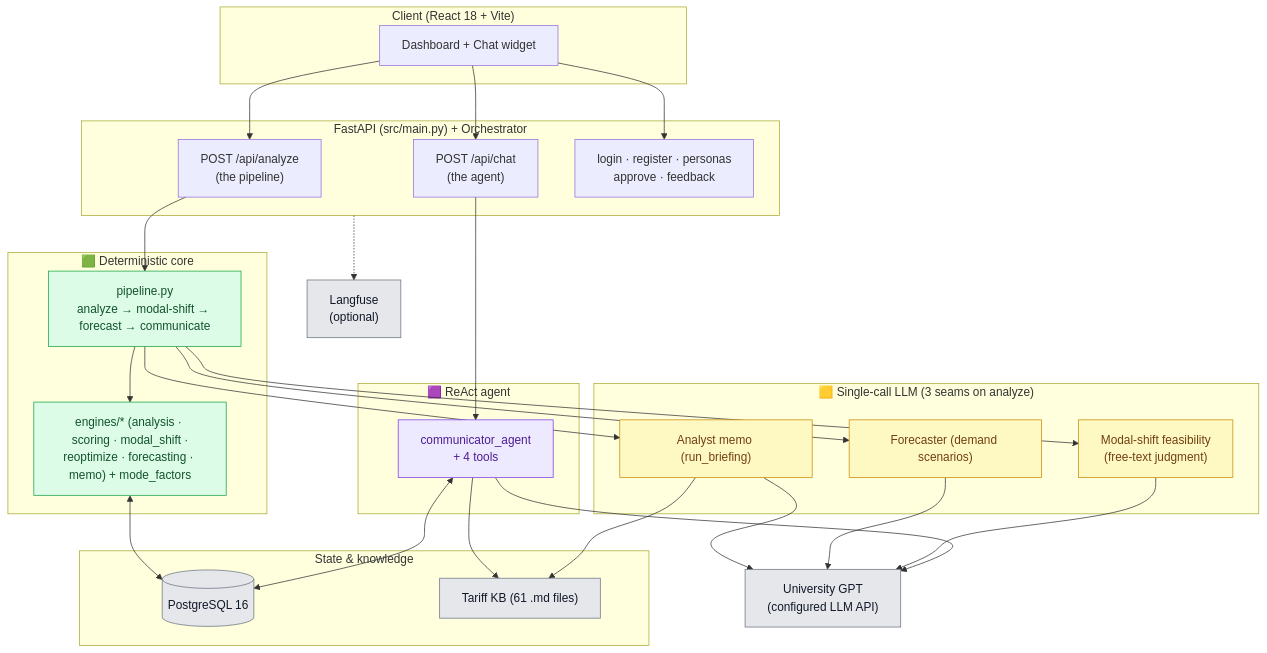
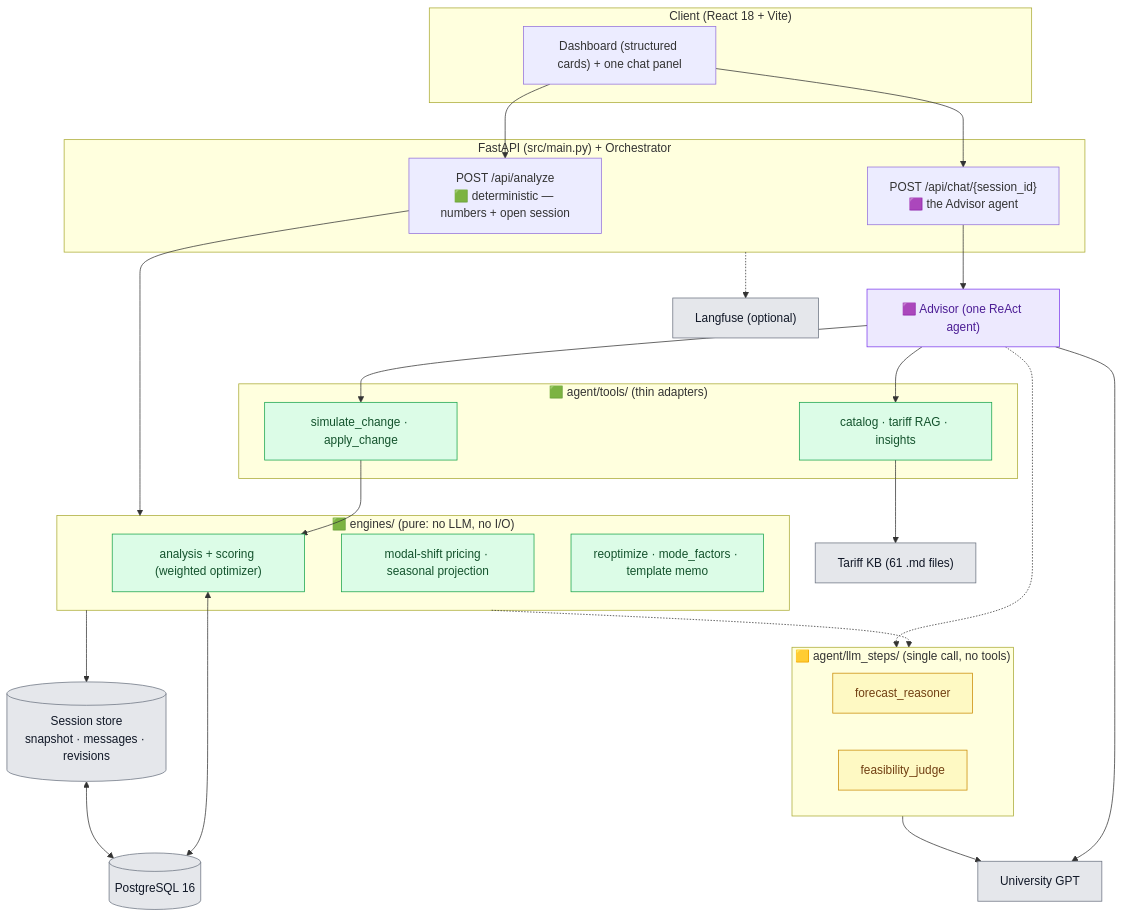
One commit to tjorgeo/AIIM_DB_mobility_advisior changed the first of 13 diagrams in DELIVERABLES/BACKEND_ARCHITECTURE_REPORT.md. Above: the diagram before and after it, drawn with Mermaid. The commit also changed other lines of this file and 2 other files, not shown here.

First line of the commit message:
Refactor test mode factors to dynamically locate gen_personas.py

````diff
--- a/DELIVERABLES/BACKEND_ARCHITECTURE_REPORT.md
+++ b/DELIVERABLES/BACKEND_ARCHITECTURE_REPORT.md
@@ -38,55 +31,53 @@
 ```mermaid
 flowchart TB
     subgraph client["Client (React 18 + Vite)"]
-        UI["Dashboard + Chat widget"]
+        UI["Dashboard (structured cards) + one chat panel"]
     end
 
     subgraph api["FastAPI (src/main.py) + Orchestrator"]
-        AN["POST /api/analyze<br/>(the pipeline)"]
-        CH["POST /api/chat<br/>(the agent)"]
-        AUX["login · register · personas<br/>approve · feedback"]
+        AZ["POST /api/analyze<br/>🟩 deterministic — numbers + open session"]
+        CH["POST /api/chat/{session_id}<br/>🟪 the Advisor agent"]
     end
 
-    subgraph det["🟩 Deterministic core"]
-        PIPE["pipeline.py<br/>analyze → modal-shift → forecast → communicate"]
-        ENG["engines/* (analysis · scoring · modal_shift ·<br/>reoptimize · forecasting · memo) + mode_factors"]
+    subgraph L1["🟩 engines/ (pure: no LLM, no I/O)"]
+        E1["analysis + scoring (weighted optimizer)"]
+        E2["modal-shift pricing · seasonal projection"]
+        E3["reoptimize · mode_factors · template memo"]
     end
+    subgraph L2["🟨 agent/llm_steps/ (single call, no tools)"]
+        S1["forecast_reasoner"]
+        S2["feasibility_judge"]
+    end
+    subgraph L3["🟩 agent/tools/ (thin adapters)"]
+        T1["catalog · tariff RAG · insights"]
+        T2["simulate_change · apply_change"]
+    end
+    AG["🟪 Advisor (one ReAct agent)"]
 
-    subgraph llm_block["🟨 Single-call LLM (3 seams on analyze)"]
-        MEMO["Analyst memo (run_briefing)"]
-        FCAST["Forecaster (demand scenarios)"]
-        MSHIFT["Modal-shift feasibility<br/>(free-text judgment)"]
-    end
+    SESS[("Session store<br/>snapshot · messages · revisions")]
+    PG[("PostgreSQL 16")]
+    KB["Tariff KB (61 .md files)"]
+    EXT["University GPT"]
+    LF["Langfuse (optional)"]
 
-    subgraph agent_block["🟪 ReAct agent"]
-        CHAT["communicator_agent<br/>+ 4 tools"]
-    end
-
-    subgraph stores["State & knowledge"]
-        PG[("PostgreSQL 16")]
-        KB["Tariff KB (61 .md files)"]
-    end
-
-    EXT["University GPT<br/>(configured LLM API)"]
-    LF["Langfuse<br/>(optional)"]
-
-    UI --> AN & CH & AUX
-    AN --> PIPE --> ENG
-    PIPE --> MEMO & FCAST & MSHIFT
-    CH --> CHAT
-    ENG <--> PG
-    CHAT <--> PG
-    CHAT --> KB
-    MEMO --> KB
-    MEMO & FCAST & MSHIFT & CHAT --> EXT
+    UI --> AZ & CH
+    AZ --> L1 --> SESS
+    L1 -.-> L2
+    CH --> AG --> T1 & T2
+    T2 --> E1
+    AG -.-> L2
+    E1 <--> PG
+    SESS <--> PG
+    T1 --> KB
+    L2 & AG --> EXT
     api -.-> LF
 
     classDef det fill:#dcfce7,stroke:#16a34a,color:#14532d;
     classDef llm fill:#fef9c3,stroke:#ca8a04,color:#713f12;
     classDef agent fill:#ede9fe,stroke:#7c3aed,color:#4c1d95;
     classDef store fill:#e5e7eb,stroke:#6b7280,color:#111827;
-    class PIPE,ENG det;
-    class MEMO,FCAST,MSHIFT llm;
-    class CHAT agent;
-    class PG,KB,EXT,LF store;
+    class E1,E2,E3,T1,T2 det;
+    class S1,S2 llm;
+    class AG agent;
+    class SESS,PG,KB,EXT,LF store;
 ```
````
